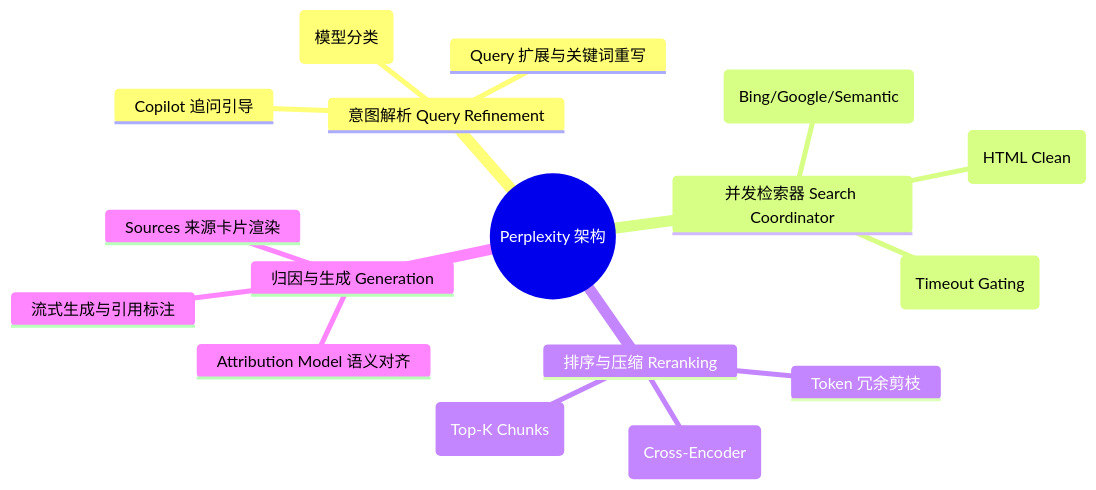
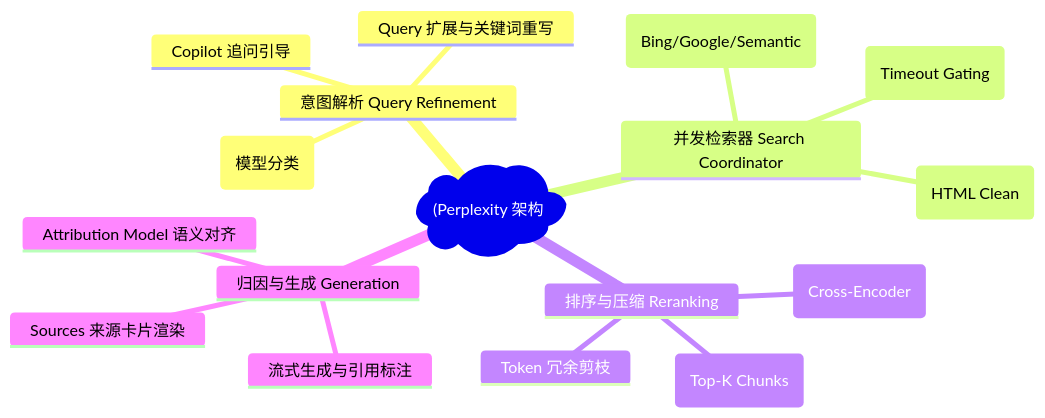
The first of 6 diagrams in docs/atlas/perplexity.mdx (koosai/AI-Architect-Learning), drawn with Mermaid before and after one commit. The commit also changed 187 other files, not shown here.

Commit message:
fix(mermaid): fix all unquoted parens and edge label syntax errors across all docs

````diff
--- a/docs/atlas/perplexity.mdx
+++ b/docs/atlas/perplexity.mdx
@@ -62,20 +62,20 @@
 ```mermaid
 mindmap
-  root((Perplexity 架构))
+  root("(Perplexity 架构"))
     意图解析 Query Refinement
       意图分类路由 (模型分类)
       Query 扩展与关键词重写
       Copilot 追问引导
     并发检索器 Search Coordinator
       多源并发请求 (Bing/Google/Semantic)
       超时熔断与动态分片 (Timeout Gating)
       网页无头抓取与去广告清洗 (HTML Clean)
     排序与压缩 Reranking
       交叉编码器重排 (Cross-Encoder)
       高置信度段落提取 (Top-K Chunks)
       Token 冗余剪枝
     归因与生成 Generation
       Attribution Model 语义对齐
       流式生成与引用标注
       Sources 来源卡片渲染
 ```
````
